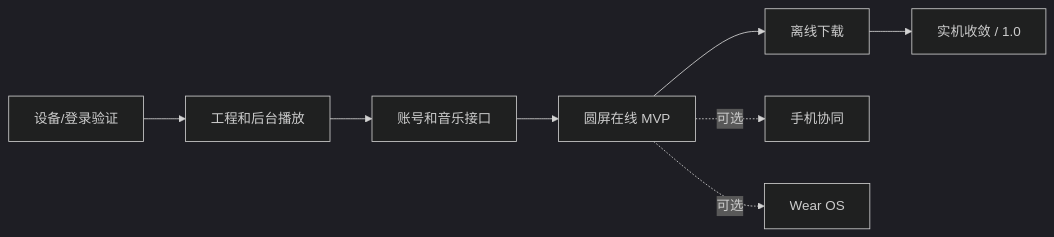
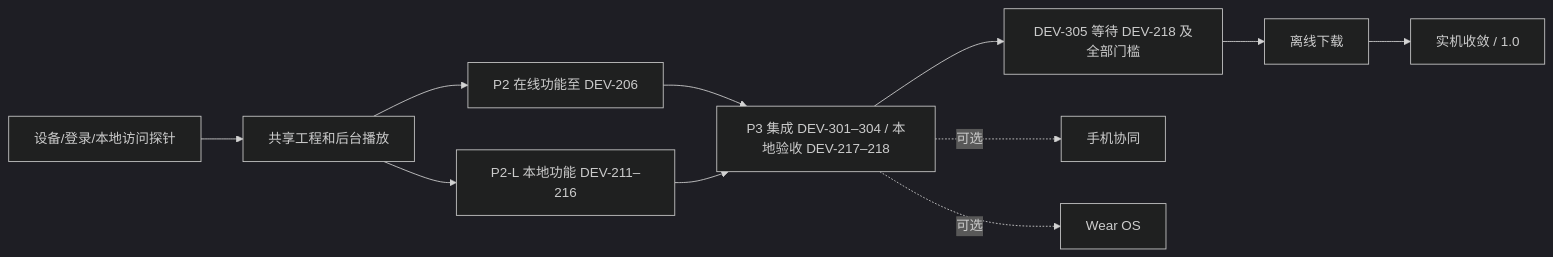
One commit to OnlineMo/MeloX-Watch changed the diagram in docs/05-开发阶段与任务清单.md. Above: the diagram before and after it, drawn with Mermaid (dark theme). The commit also changed other lines of this file and 21 other files, not shown here.

````diff
--- a/docs/05-开发阶段与任务清单.md
+++ b/docs/05-开发阶段与任务清单.md
@@ -22,10 +27,13 @@
 ```mermaid
 flowchart LR
-    P0[设备/登录验证] --> P1[工程和后台播放]
-    P1 --> P2[账号和音乐接口]
-    P2 --> P3[圆屏在线 MVP]
-    P3 --> P4[离线下载]
+    P0[设备/登录/本地访问探针] --> P1[共享工程和后台播放]
+    P1 --> P2[P2 在线功能至 DEV-206]
+    P1 --> P2L[P2-L 本地功能 DEV-211–216]
+    P2 --> P3[P3 集成 DEV-301–304 / 本地验收 DEV-217–218]
+    P2L --> P3
+    P3 --> G305[DEV-305 等待 DEV-218 及全部门槛]
+    G305 --> P4[离线下载]
     P4 --> P5[实机收敛 / 1.0]
     P3 -. 可选 .-> P6[手机协同]
     P3 -. 可选 .-> P7[Wear OS]
 ```
````
